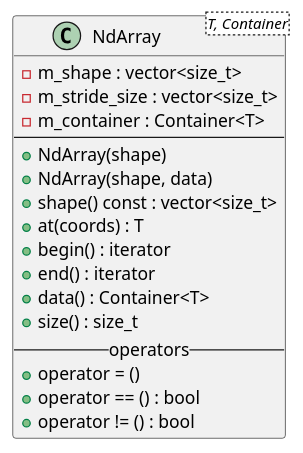
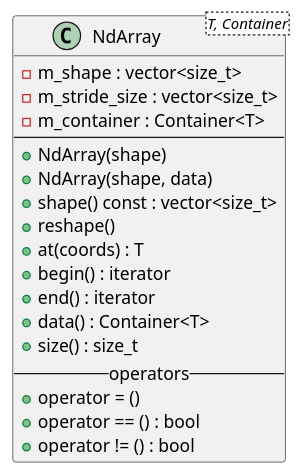
One commit to astrorama/Alexandria changed the diagram in NdArray/doc/NdArray.puml. Above: the diagram before and after it, drawn with PlantUML. The commit also changed 3 other files, not shown here.

```diff
--- a/NdArray/doc/NdArray.puml
+++ b/NdArray/doc/NdArray.puml
@@ -1,22 +1,23 @@
 @startuml
 
 class NdArray<T, Container> {
   - m_shape : vector<size_t>
   - m_stride_size : vector<size_t>
   - m_container : Container<T>
   --
   + NdArray(shape)
   + NdArray(shape, data)
   + shape() const : vector<size_t>
+  + reshape()
   + at(coords) : T
   + begin() : iterator
   + end() : iterator
   + data() : Container<T>
   + size() : size_t
   -- operators --
   + operator = ()
   + operator == () : bool
   + operator != () : bool
 }
 
 @enduml
```
